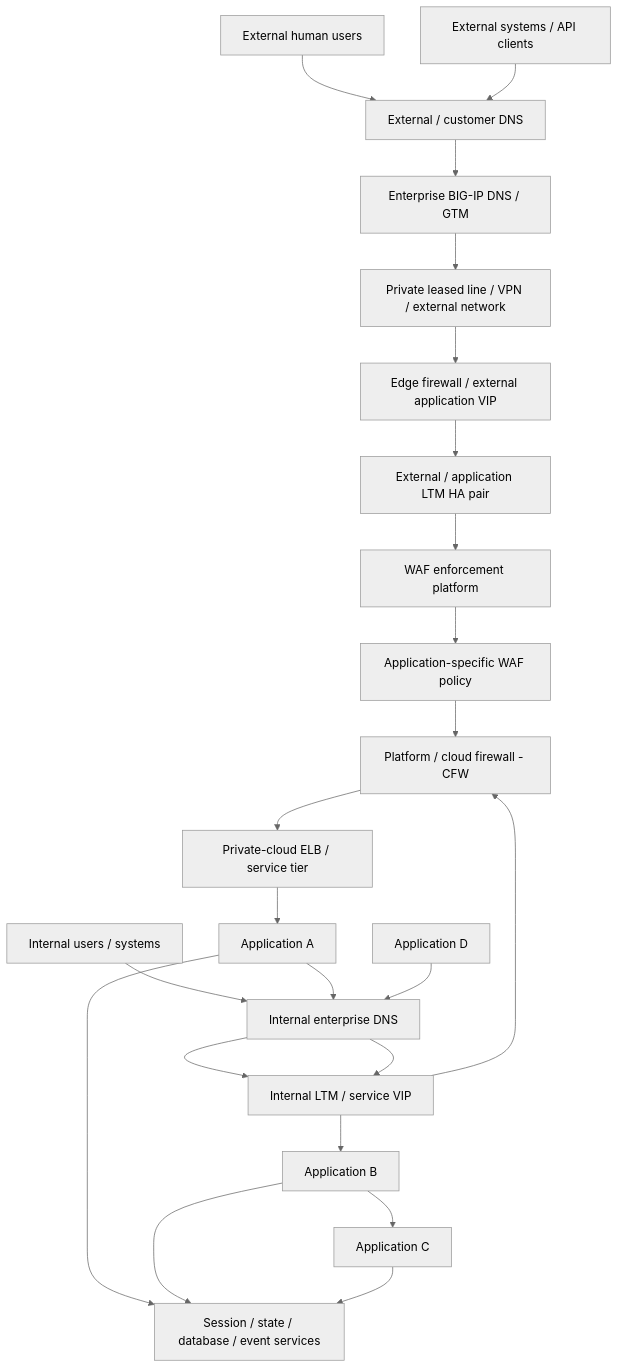
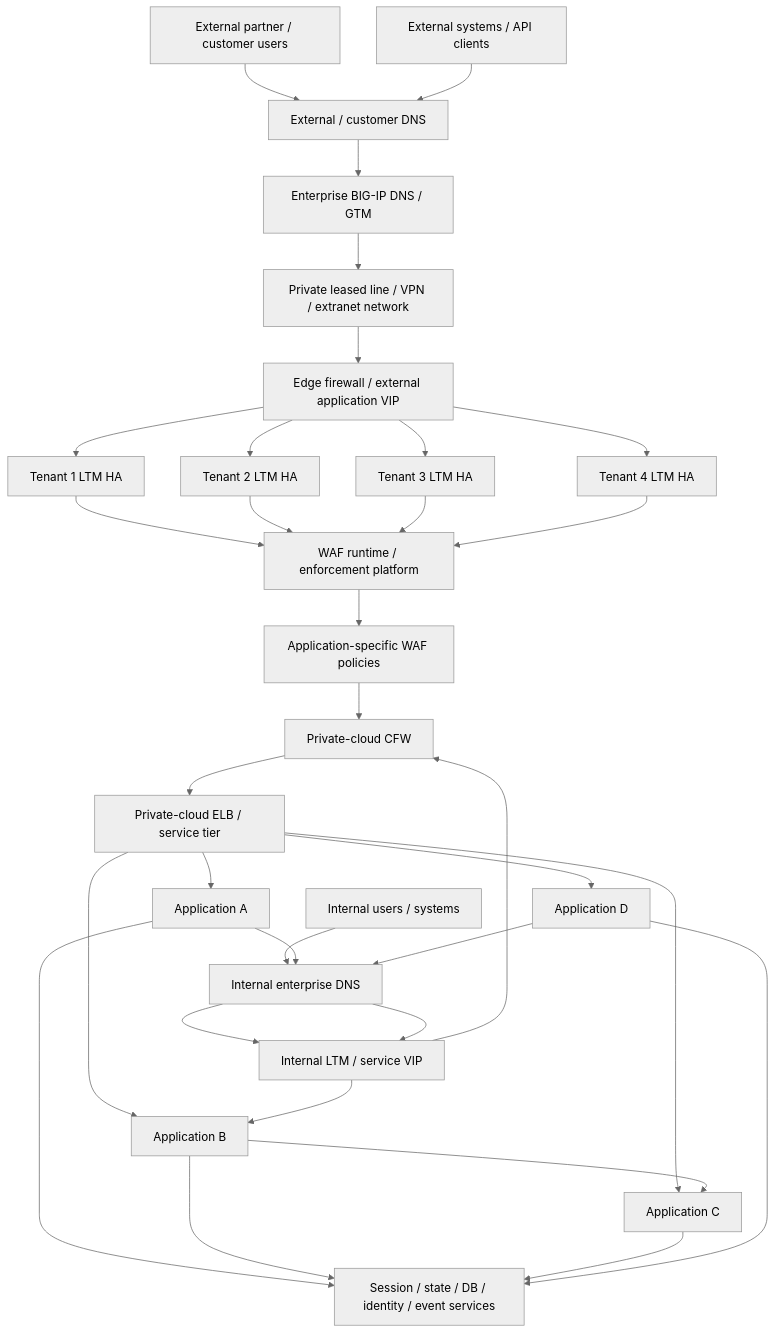
Before and after one commit to jfang88/EnterpriseWAF: the second of 3 diagrams in enterprise-scenarios/high_level_architecture.md, drawn with Mermaid (neutral theme). The commit also changed other lines of this file, not shown here.

Commit message:
Refocus high-level architecture on four-tenant extranet and ownership boundaries

```diff
--- a/enterprise-scenarios/high_level_architecture.md
+++ b/enterprise-scenarios/high_level_architecture.md
@@ -106,56 +183,73 @@
 ~~~mermaid
 flowchart TB
 
-  EU[External human users]
+  EU[External partner / customer users]
   ES[External systems / API clients]
   IU[Internal users / systems]
 
   EDNS[External / customer DNS]
   IDNS[Internal enterprise DNS]
   GTM[Enterprise BIG-IP DNS / GTM]
 
-  EXTNET[Private leased line / VPN / external network]
+  EXTNET[Private leased line / VPN / extranet network]
   EFW[Edge firewall / external application VIP]
 
+  T1LTM[Tenant 1 LTM HA]
+  T2LTM[Tenant 2 LTM HA]
+  T3LTM[Tenant 3 LTM HA]
+  T4LTM[Tenant 4 LTM HA]
+
+  WAF[WAF runtime / enforcement platform]
+  POL[Application-specific WAF policies]
+
   ILTM[Internal LTM / service VIP]
-  ELTM[External / application LTM HA pair]
-
-  WAF[WAF enforcement platform]
-  WPA[Application-specific WAF policy]
-
-  CFW[Platform / cloud firewall - CFW]
+  CFW[Private-cloud CFW]
   ELB[Private-cloud ELB / service tier]
 
   A[Application A]
   B[Application B]
   C[Application C]
   D[Application D]
 
-  STATE[Session / state / database / event services]
+  STATE[Session / state / DB / identity / event services]
 
   EU --> EDNS
   ES --> EDNS
   EDNS --> GTM
   GTM --> EXTNET
   EXTNET --> EFW
-  EFW --> ELTM
-  ELTM --> WAF
-  WAF --> WPA
-  WPA --> CFW
+
+  EFW --> T1LTM
+  EFW --> T2LTM
+  EFW --> T3LTM
+  EFW --> T4LTM
+
+  T1LTM --> WAF
+  T2LTM --> WAF
+  T3LTM --> WAF
+  T4LTM --> WAF
+
+  WAF --> POL
+  POL --> CFW
   CFW --> ELB
+
   ELB --> A
+  ELB --> B
+  ELB --> C
+  ELB --> D
 
   IU --> IDNS
   IDNS --> ILTM
   ILTM --> CFW
 
   A --> IDNS
   D --> IDNS
   IDNS --> ILTM
   ILTM --> B
   B --> C
 
   A --> STATE
   B --> STATE
   C --> STATE
+  D --> STATE
 ~~~
```
